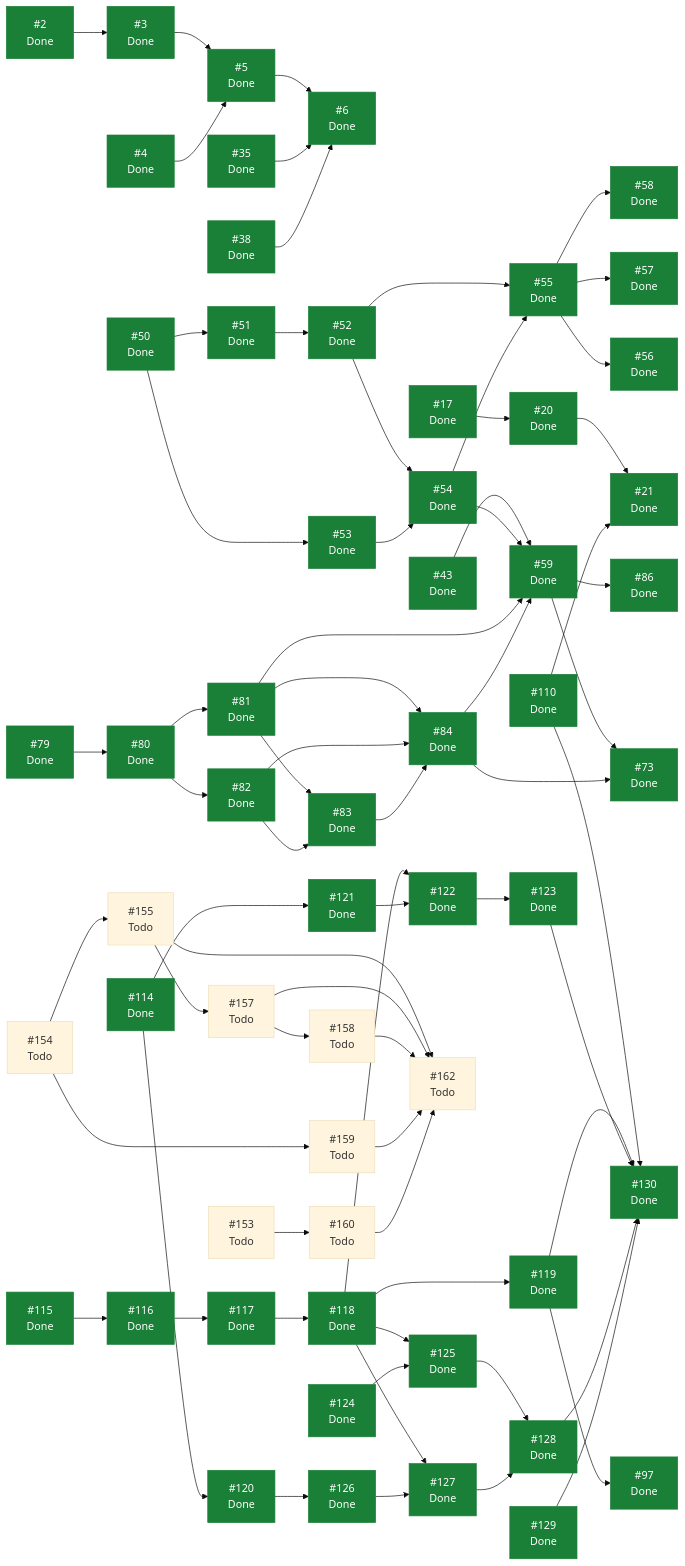
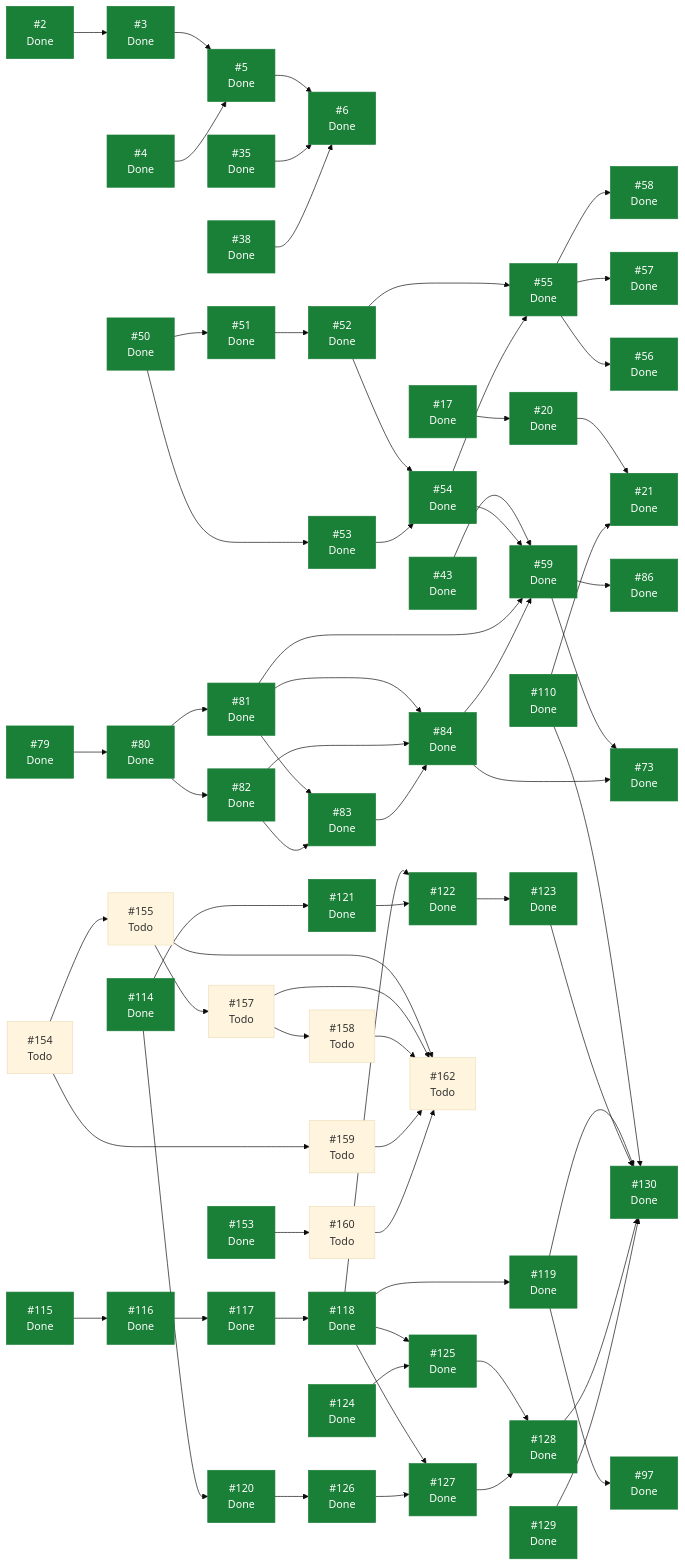
Before and after one commit to ecamp0s/evault: the diagram in docs/planning/STATUS.md, drawn with Mermaid (base theme). The commit also changed other lines of this file, not shown here.

````diff
--- a/docs/planning/STATUS.md
+++ b/docs/planning/STATUS.md
@@ -209,7 +209,7 @@
   I128["#128<br/>Done"]
   I129["#129<br/>Done"]
   I130["#130<br/>Done"]
-  I153["#153<br/>Todo"]
+  I153["#153<br/>Done"]
   I154["#154<br/>Todo"]
   I155["#155<br/>Todo"]
   I157["#157<br/>Todo"]
@@ -284,5 +284,5 @@
   I159 --> I162
   I160 --> I162
   classDef hecho fill:#1a7f37,stroke:#1a7f37,color:#fff;
-  class I2,I3,I4,I5,I6,I17,I20,I21,I35,I38,I43,I50,I51,I52,I53,I54,I55,I56,I57,I58,I59,I73,I79,I80,I81,I82,I83,I84,I86,I97,I110,I114,I115,I116,I117,I118,I119,I120,I121,I122,I123,I124,I125,I126,I127,I128,I129,I130 hecho;
+  class I2,I3,I4,I5,I6,I17,I20,I21,I35,I38,I43,I50,I51,I52,I53,I54,I55,I56,I57,I58,I59,I73,I79,I80,I81,I82,I83,I84,I86,I97,I110,I114,I115,I116,I117,I118,I119,I120,I121,I122,I123,I124,I125,I126,I127,I128,I129,I130,I153 hecho;
 ```
````
